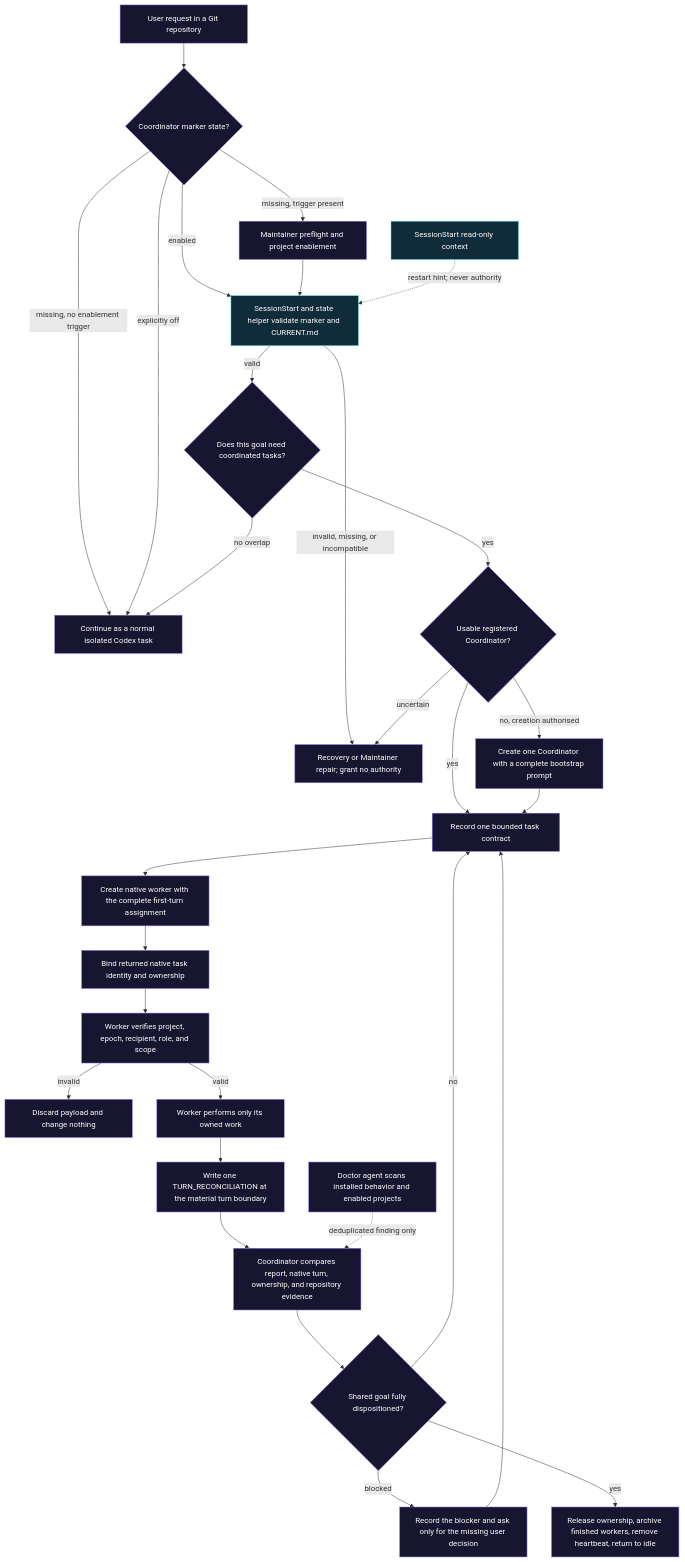
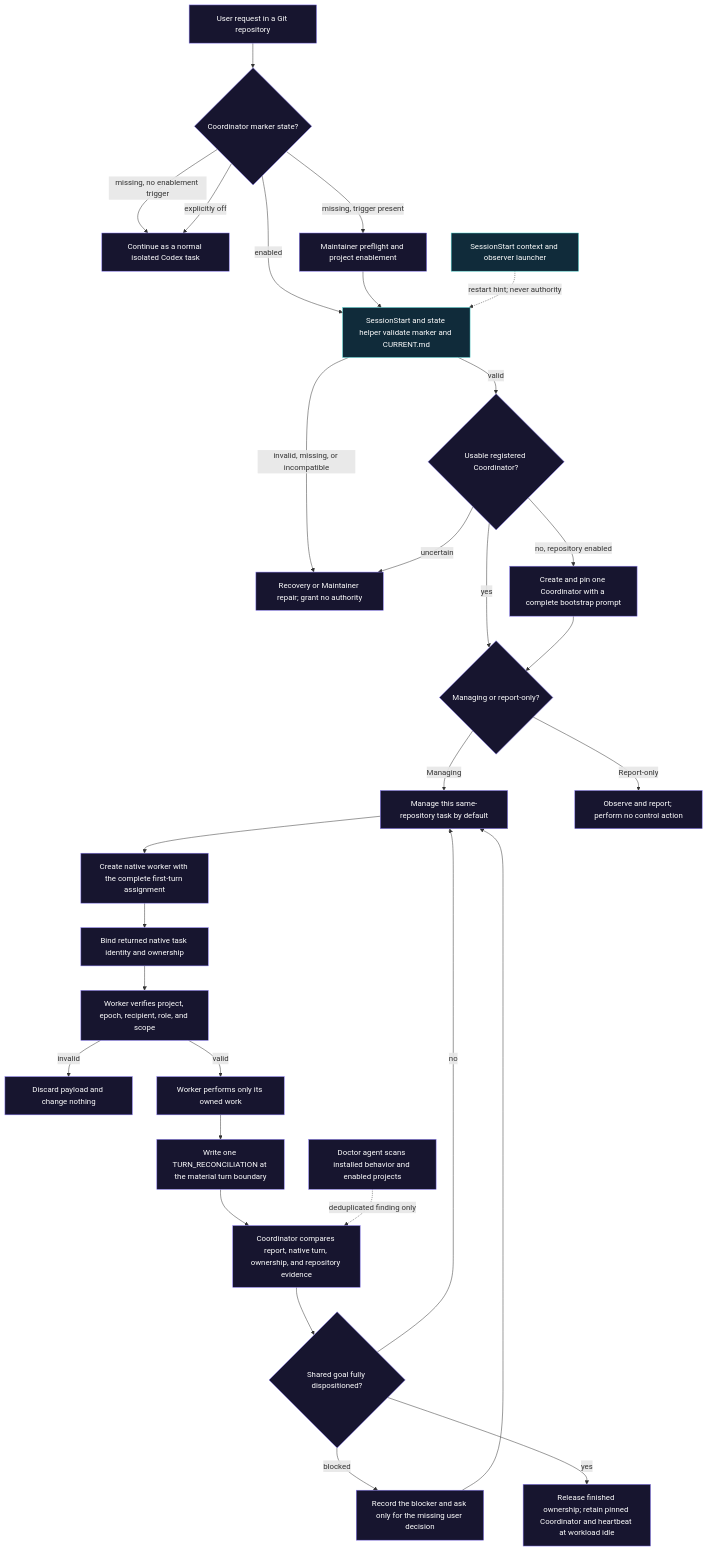
Before and after one commit to eyeinthesky6/codex-coordinator: the diagram in docs/codebase/ARCHITECTURE.md, drawn with Mermaid. The commit also changed other lines of this file and 79 other files, not shown here.

````diff
--- a/docs/codebase/ARCHITECTURE.md
+++ b/docs/codebase/ARCHITECTURE.md
@@ -9,39 +9,39 @@
 ```mermaid
 flowchart TD
     request["User request in a Git repository"] --> marker{"Coordinator marker state?"}
     marker -->|"missing, no enablement trigger"| direct["Continue as a normal isolated Codex task"]
     marker -->|"explicitly off"| direct
     marker -->|"missing, trigger present"| install["Maintainer preflight and project enablement"]
     marker -->|"enabled"| stateCheck["SessionStart and state helper validate marker and CURRENT.md"]
     install --> stateCheck
 
     stateCheck -->|"invalid, missing, or incompatible"| repair["Recovery or Maintainer repair; grant no authority"]
-    stateCheck -->|"valid"| coordination{"Does this goal need coordinated tasks?"}
-    coordination -->|"no overlap"| direct
-    coordination -->|"yes"| coordinator{"Usable registered Coordinator?"}
+    stateCheck -->|"valid"| coordinator{"Usable registered Coordinator?"}
     coordinator -->|"uncertain"| repair
-    coordinator -->|"no, creation authorised"| bootstrap["Create one Coordinator with a complete bootstrap prompt"]
-    coordinator -->|"yes"| contract["Record one bounded task contract"]
-    bootstrap --> contract
+    coordinator -->|"no, repository enabled"| bootstrap["Create and pin one Coordinator with a complete bootstrap prompt"]
+    coordinator -->|"yes"| mode{"Managing or report-only?"}
+    bootstrap --> mode
+    mode -->|"Managing"| contract["Manage this same-repository task by default"]
+    mode -->|"Report-only"| observe["Observe and report; perform no control action"]
 
     contract --> create["Create native worker with the complete first-turn assignment"]
     create --> bind["Bind returned native task identity and ownership"]
     bind --> routeCheck["Worker verifies project, epoch, recipient, role, and scope"]
     routeCheck -->|"invalid"| discard["Discard payload and change nothing"]
     routeCheck -->|"valid"| work["Worker performs only its owned work"]
     work --> report["Write one TURN_RECONCILIATION at the material turn boundary"]
     report --> reconcile["Coordinator compares report, native turn, ownership, and repository evidence"]
     reconcile --> terminal{"Shared goal fully dispositioned?"}
     terminal -->|"no"| contract
     terminal -->|"blocked"| decision["Record the blocker and ask only for the missing user decision"]
     decision --> contract
-    terminal -->|"yes"| finish["Release ownership, archive finished workers, remove heartbeat, return to idle"]
+    terminal -->|"yes"| finish["Release finished ownership; retain pinned Coordinator and heartbeat at workload idle"]
 
     doctor["Doctor agent scans installed behavior and enabled projects"] -. "deduplicated finding only" .-> reconcile
-    hook["SessionStart read-only context"] -. "restart hint; never authority" .-> stateCheck
+    hook["SessionStart context and observer launcher"] -. "restart hint; never authority" .-> stateCheck
 
     classDef instruction fill:#17152f,stroke:#8b7cf6,color:#ffffff;
     classDef executable fill:#102b3a,stroke:#56d6d2,color:#ffffff;
-    class request,marker,direct,install,repair,coordination,coordinator,bootstrap,contract,create,bind,routeCheck,discard,work,report,reconcile,terminal,decision,finish,doctor instruction;
+    class request,marker,direct,install,repair,coordinator,bootstrap,mode,contract,observe,create,bind,routeCheck,discard,work,report,reconcile,terminal,decision,finish,doctor instruction;
     class stateCheck,hook executable;
 ```
````
